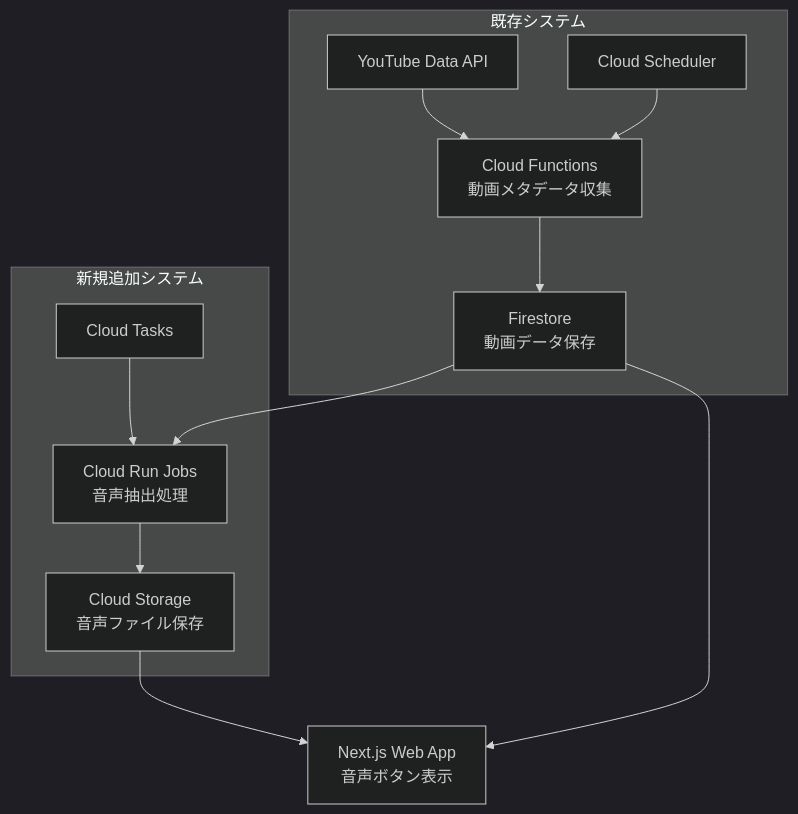
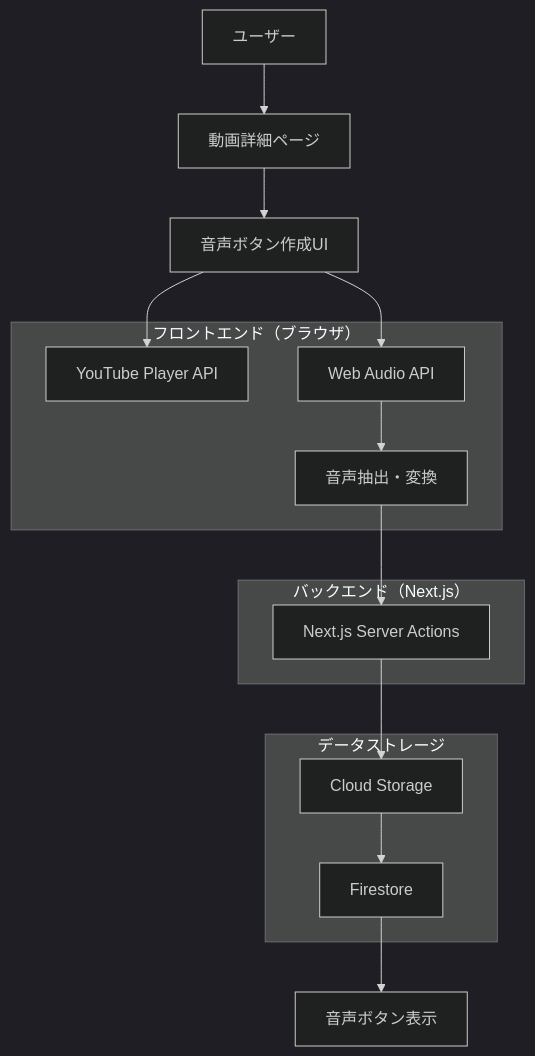
One commit to nothink-jp/suzumina.click changed the diagram in docs/AUDIO_BUTTON_DESIGN.md. Above: the diagram before and after it, drawn with Mermaid (dark theme). The commit also changed other lines of this file and 24 other files, not shown here.

First line of the commit message:
refactor: remove Cloud Run Jobs audio processor in favor of browser-based Web Audio API

````diff
--- a/docs/AUDIO_BUTTON_DESIGN.md
+++ b/docs/AUDIO_BUTTON_DESIGN.md
@@ -57,25 +33,27 @@
 ```mermaid
 graph TB
-    A[YouTube Data API] --> B[Cloud Functions<br/>動画メタデータ収集]
-    B --> C[Firestore<br/>動画データ保存]
-    C --> D[Cloud Run Jobs<br/>音声抽出処理]
-    D --> E[Cloud Storage<br/>音声ファイル保存]
-    E --> F[Next.js Web App<br/>音声ボタン表示]
-    C --> F
+    A[ユーザー] --> B[動画詳細ページ]
+    B --> C[音声ボタン作成UI]
+    C --> D[YouTube Player API]
+    C --> E[Web Audio API]
+    E --> F[音声抽出・変換]
+    F --> G[Next.js Server Actions]
+    G --> H[Cloud Storage]
+    H --> I[Firestore]
+    I --> J[音声ボタン表示]
     
-    G[Cloud Scheduler] --> B
-    H[Cloud Tasks] --> D
+    subgraph "フロントエンド（ブラウザ）"
+        D
+        E
+        F
+    end
     
-    subgraph "既存システム"
-        A
-        B
-        C
+    subgraph "バックエンド（Next.js）"
         G
     end
     
-    subgraph "新規追加システム"
-        D
-        E
+    subgraph "データストレージ"
         H
+        I
     end
 ```
````
